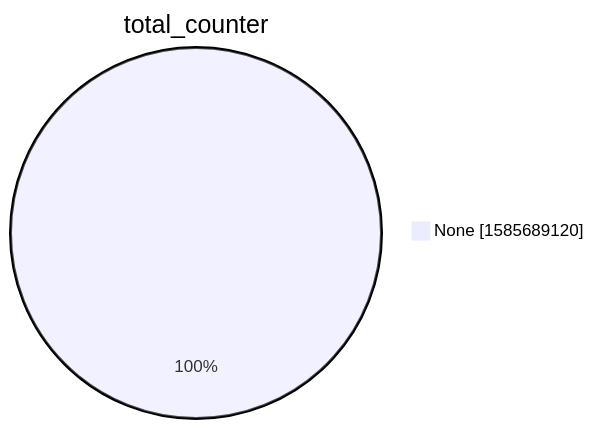
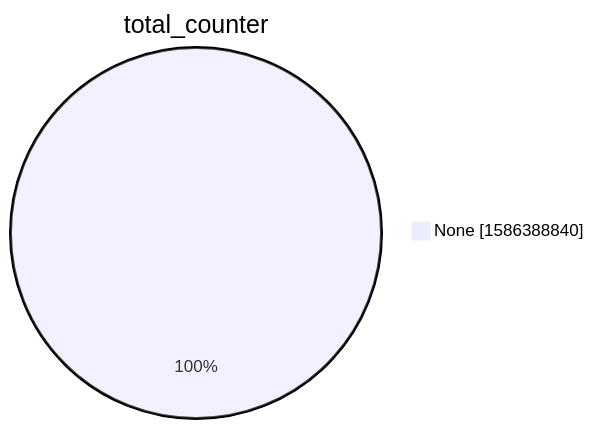
The second of 15 diagrams in xenon2022/README.md (christiankrug/ctmonitor_visualization), drawn with Mermaid before and after one commit. The commit also changed other lines of this file, not shown here.

````diff
--- a/xenon2022/README.md
+++ b/xenon2022/README.md
@@ -9,5 +9,5 @@
 ```mermaid
 pie showData
 title total_counter
-"None" :1585689120
+"None" :1586388840
 ```
````
